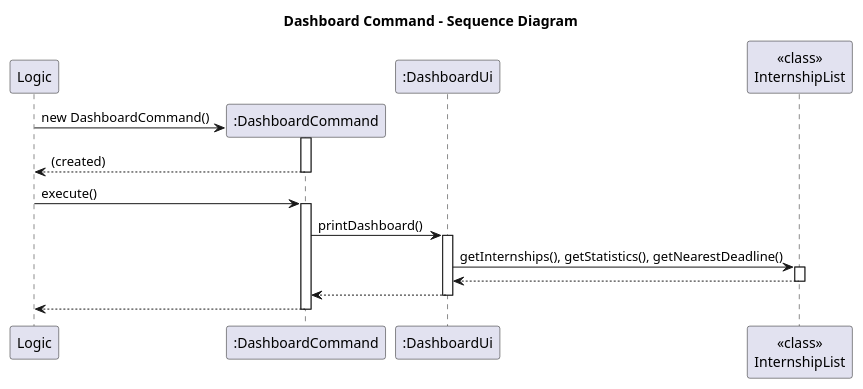
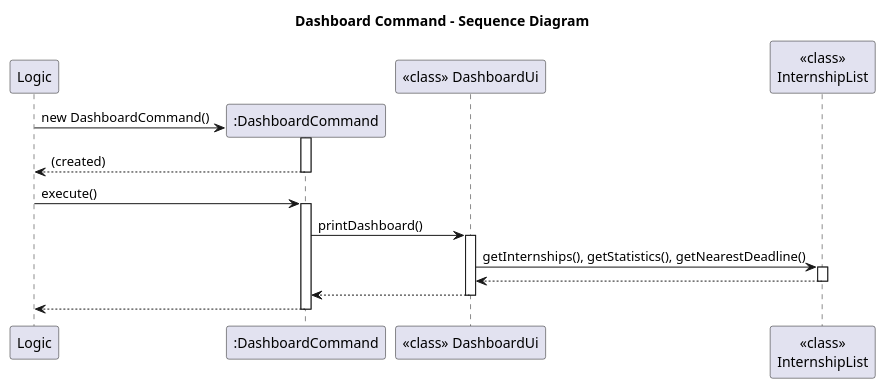
The diagram in docs/diagrams/DashboardCommandSD.puml (BenyAlbatross/tp), drawn with PlantUML before and after one commit. The commit also changed 6 other files, not shown here.

Commit message:
Fix UML diagrams

```diff
--- a/docs/diagrams/DashboardCommandSD.puml
+++ b/docs/diagrams/DashboardCommandSD.puml
@@ -1,29 +1,29 @@
 @startuml
 title Dashboard Command - Sequence Diagram
 
 participant Logic
 create ":DashboardCommand" as DC
-participant ":DashboardUi" as DUi
+participant "<<class>> DashboardUi" as DUi
 participant "<<class>>\nInternshipList" as IL
 
 Logic -> DC** : new DashboardCommand()
 activate DC
 return (created)
 
 Logic -> DC : execute()
 activate DC
 
 DC -> DUi : printDashboard()
 activate DUi
 
 DUi -> IL : getInternships(), getStatistics(), getNearestDeadline()
 activate IL
 IL --> DUi
 deactivate IL
 
 DUi --> DC
 deactivate DUi
 
 DC --> Logic
 deactivate DC
 @enduml
```
